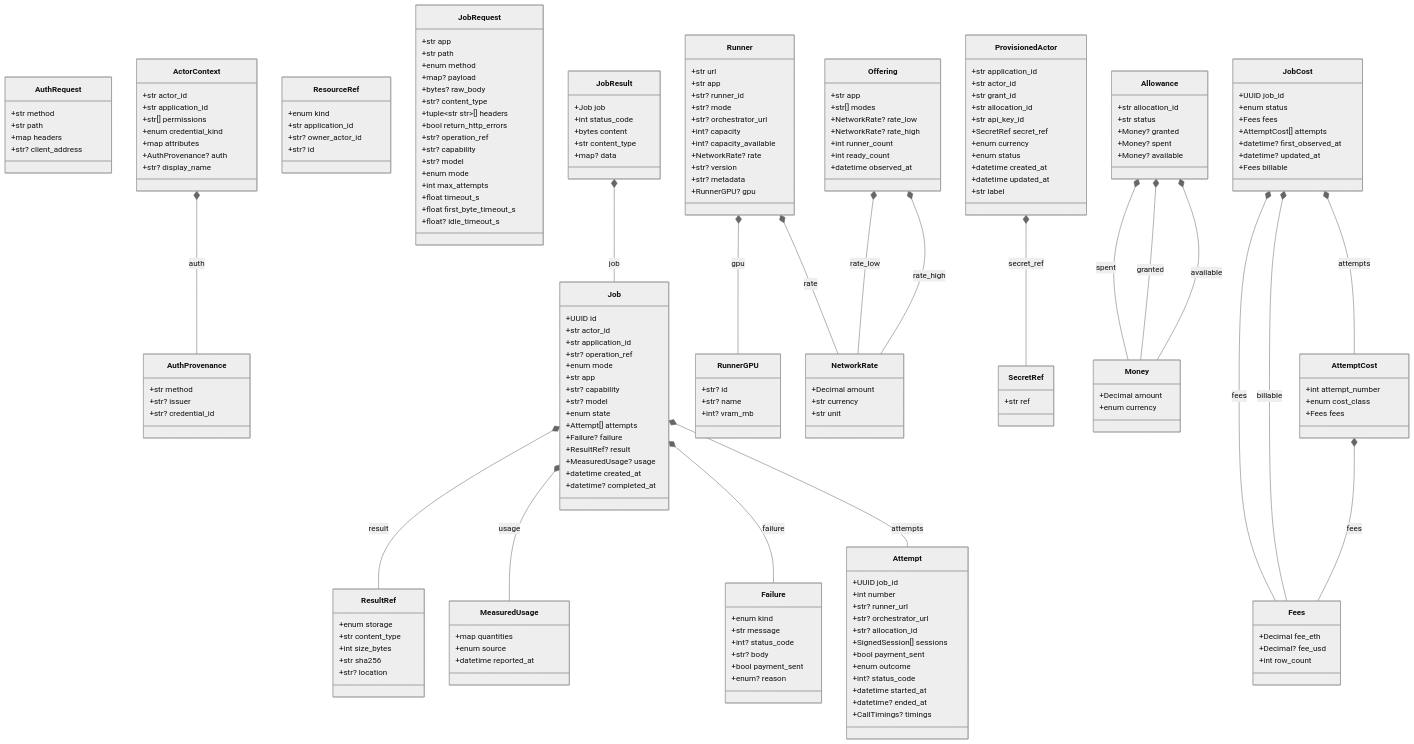
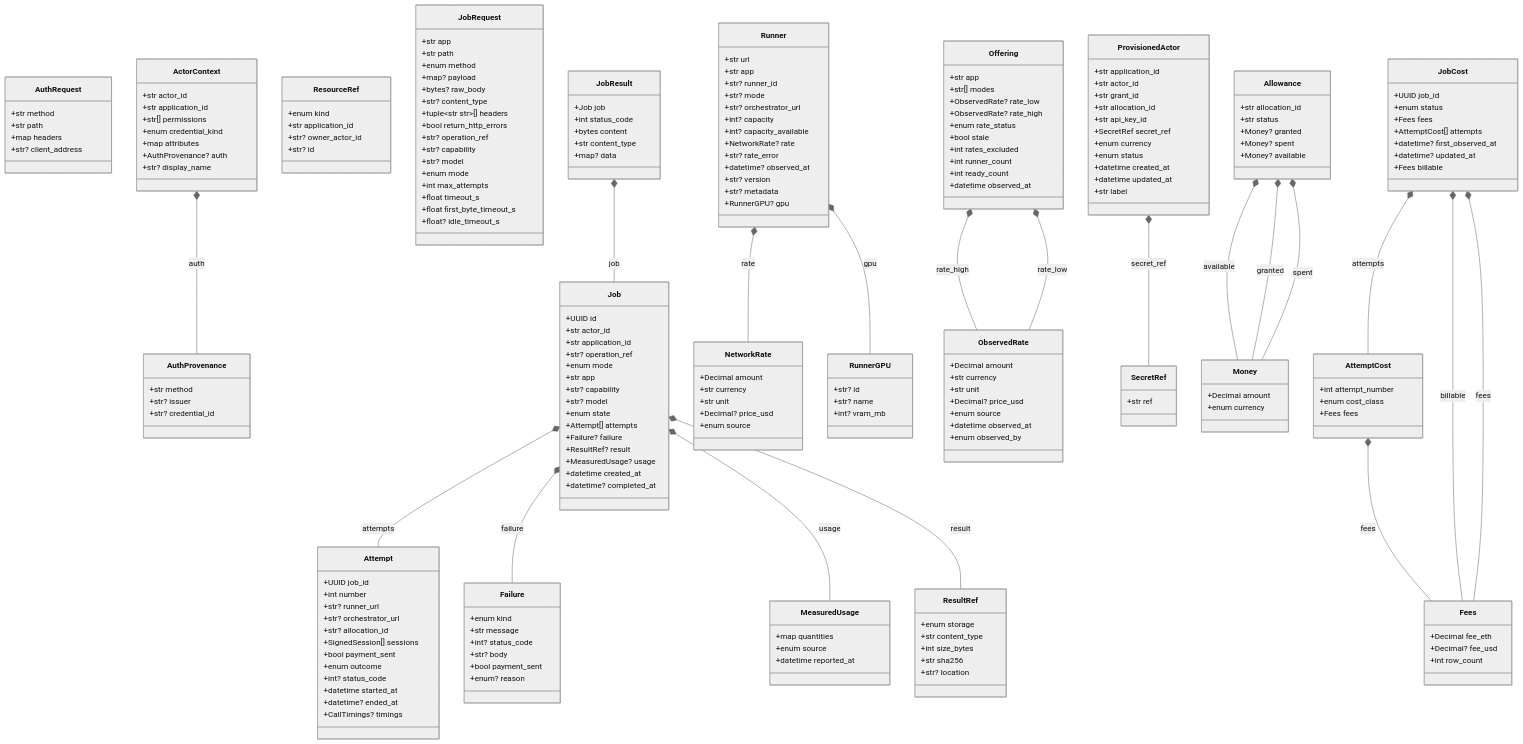
One commit to NE-Build-Track/livepeer-builder-core changed the diagram in docs/generated/contracts.md. Above: the diagram before and after it, drawn with Mermaid (neutral theme). The commit also changed 23 other files, not shown here.

First line of the commit message:
Enhance network rates and pricing assumptions in documentation and code

```diff
--- a/docs/generated/contracts.md
+++ b/docs/generated/contracts.md
@@ -117,6 +117,8 @@
         +int? capacity
         +int? capacity_available
         +NetworkRate? rate
+        +str? rate_error
+        +datetime? observed_at
         +str? version
         +str? metadata
         +RunnerGPU? gpu
@@ -130,12 +132,26 @@
         +Decimal amount
         +str currency
         +str unit
+        +Decimal? price_usd
+        +enum source
+    }
+    class ObservedRate {
+        +Decimal amount
+        +str currency
+        +str unit
+        +Decimal? price_usd
+        +enum source
+        +datetime observed_at
+        +enum observed_by
     }
     class Offering {
         +str app
         +str[] modes
-        +NetworkRate? rate_low
-        +NetworkRate? rate_high
+        +ObservedRate? rate_low
+        +ObservedRate? rate_high
+        +enum rate_status
+        +bool stale
+        +int rates_excluded
         +int runner_count
         +int ready_count
         +datetime observed_at
@@ -199,8 +215,8 @@
     JobCost *-- Fees : billable
     JobCost *-- Fees : fees
     JobResult *-- Job : job
-    Offering *-- NetworkRate : rate_high
-    Offering *-- NetworkRate : rate_low
+    Offering *-- ObservedRate : rate_high
+    Offering *-- ObservedRate : rate_low
     ProvisionedActor *-- SecretRef : secret_ref
     Runner *-- NetworkRate : rate
     Runner *-- RunnerGPU : gpu
```
